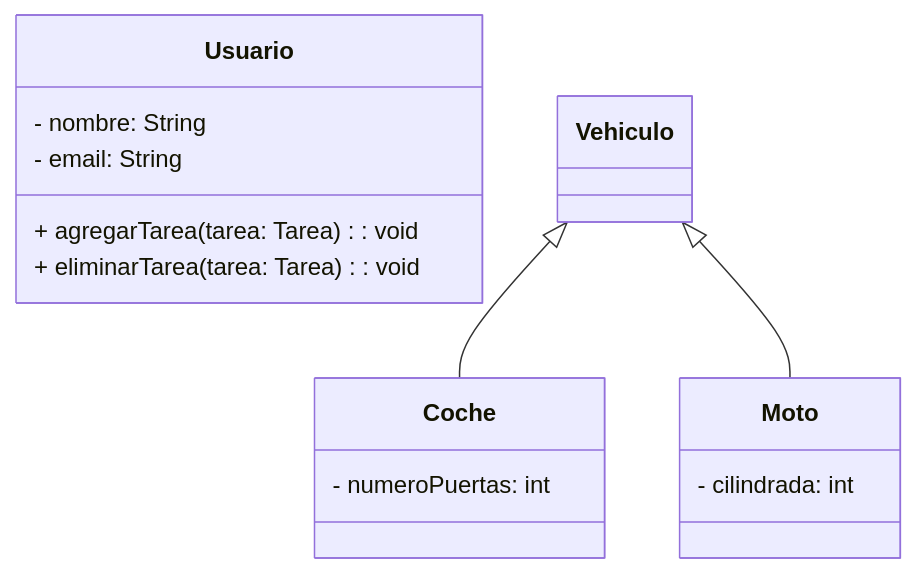
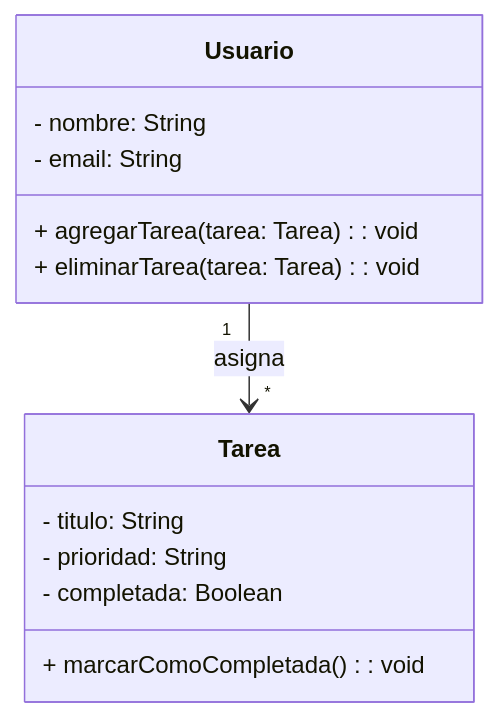
One commit to Lidianoko/ed06_1 changed the diagram in extension.md. Above: the diagram before and after it, drawn with Mermaid. The commit also changed other lines of this file, not shown here.

````diff
--- a/extension.md
+++ b/extension.md
@@ -50,17 +50,18 @@
 ```mermaid
 classDiagram
     class Usuario {
         - nombre: String
         - email: String
         + agregarTarea(tarea: Tarea): void
         + eliminarTarea(tarea: Tarea): void
     }
-    class Coche {
-        - numeroPuertas: int
+
+class Tarea {
+        - titulo: String
+        - prioridad: String
+        - completada: Boolean
+        + marcarComoCompletada(): void
     }
-    class Moto {
-        - cilindrada: int
-    }
-    Vehiculo <|-- Coche
-    Vehiculo <|-- Moto
+
+    Usuario "1" --> "*" Tarea: asigna
 ```
````
